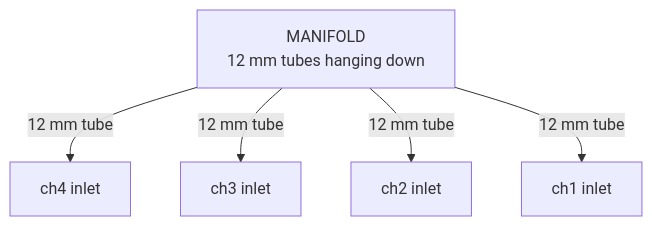
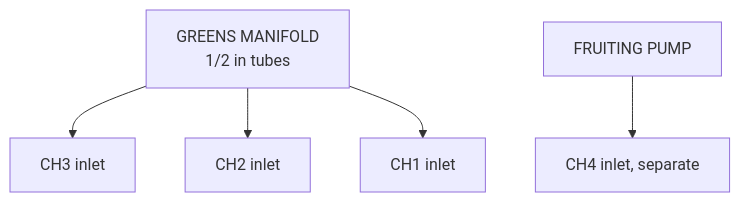
Before and after one commit to UncleJS/guide_hydroponics: diagram 12 of 17 in guide/nft/11-build-guide.md, drawn with Mermaid. The commit also changed other lines of this file and 35 other files, not shown here.

````diff
--- a/guide/nft/11-build-guide.md
+++ b/guide/nft/11-build-guide.md
@@ -572,8 +582,8 @@
 ```mermaid
 flowchart TD
-    MAN["MANIFOLD<br/>12 mm tubes hanging down"]
-    MAN -->|"12 mm tube"| I4["ch4 inlet"]
-    MAN -->|"12 mm tube"| I3["ch3 inlet"]
-    MAN -->|"12 mm tube"| I2["ch2 inlet"]
-    MAN -->|"12 mm tube"| I1["ch1 inlet"]
+    MAN["GREENS MANIFOLD<br/>1/2 in tubes"]
+    MAN --> I3["CH3 inlet"]
+    MAN --> I2["CH2 inlet"]
+    MAN --> I1["CH1 inlet"]
+    FP["FRUITING PUMP"] --> I4["CH4 inlet, separate"]
 ```
````
